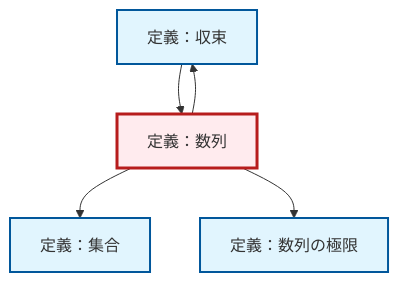
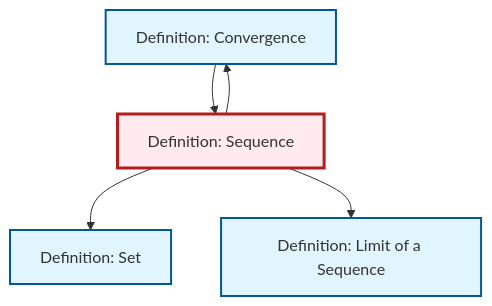
One commit to RK0429/ModernMath changed the diagram in content/ja/analysis/def-sequence.qmd. Above: the diagram before and after it, drawn with Mermaid. The commit also changed 203 other files, not shown here.

````diff
--- a/content/ja/analysis/def-sequence.qmd
+++ b/content/ja/analysis/def-sequence.qmd
@@ -74,22 +74,18 @@
 ```{mermaid}
-%%| fig-cap: "ローカル依存グラフ"
+%%| fig-cap: "Local dependency graph"
 graph TD
     classDef definition fill:#e1f5fe,stroke:#01579b,stroke-width:2px
     classDef theorem fill:#f3e5f5,stroke:#4a148c,stroke-width:2px
     classDef axiom fill:#fff3e0,stroke:#e65100,stroke-width:2px
     classDef example fill:#e8f5e9,stroke:#1b5e20,stroke-width:2px
     classDef current fill:#ffebee,stroke:#b71c1c,stroke-width:3px
-    def-set["定義：集合"]:::definition
-    def-convergence["定義：収束"]:::definition
-    def-limit["定義：数列の極限"]:::definition
-    def-sequence["定義：数列"]:::definition
+    def-set["Definition: Set"]:::definition
+    def-convergence["Definition: Convergence"]:::definition
+    def-limit["Definition: Limit of a Sequence"]:::definition
+    def-sequence["Definition: Sequence"]:::definition
     def-sequence --> def-set
     def-sequence --> def-limit
     def-sequence --> def-convergence
     def-convergence --> def-sequence
     class def-sequence current
-
-    click def-set "def-set.html" "Go to 定義：集合"
-    click def-convergence "def-convergence.html" "Go to 定義：収束"
-    click def-limit "def-limit.html" "Go to 定義：数列の極限"
 ```
````
